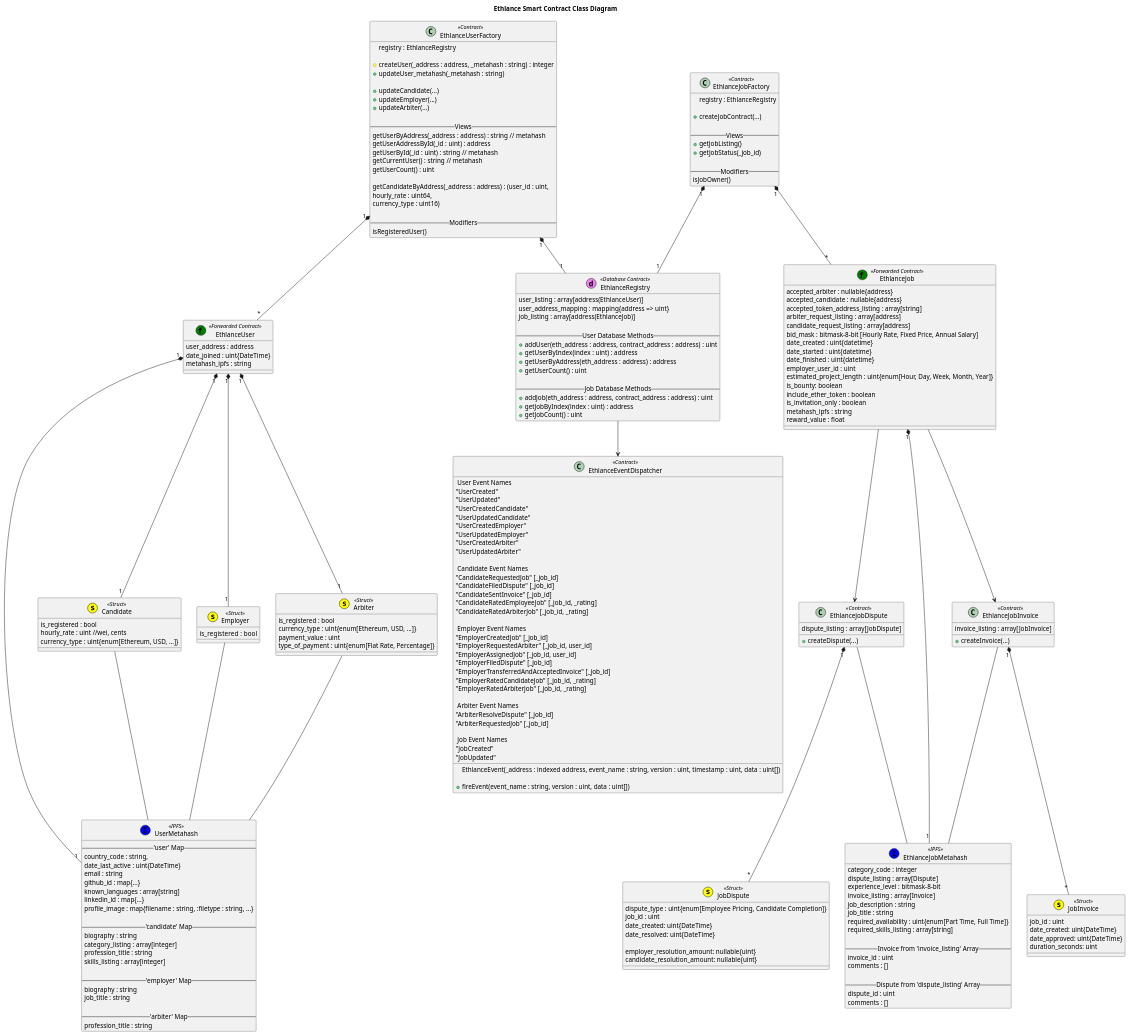
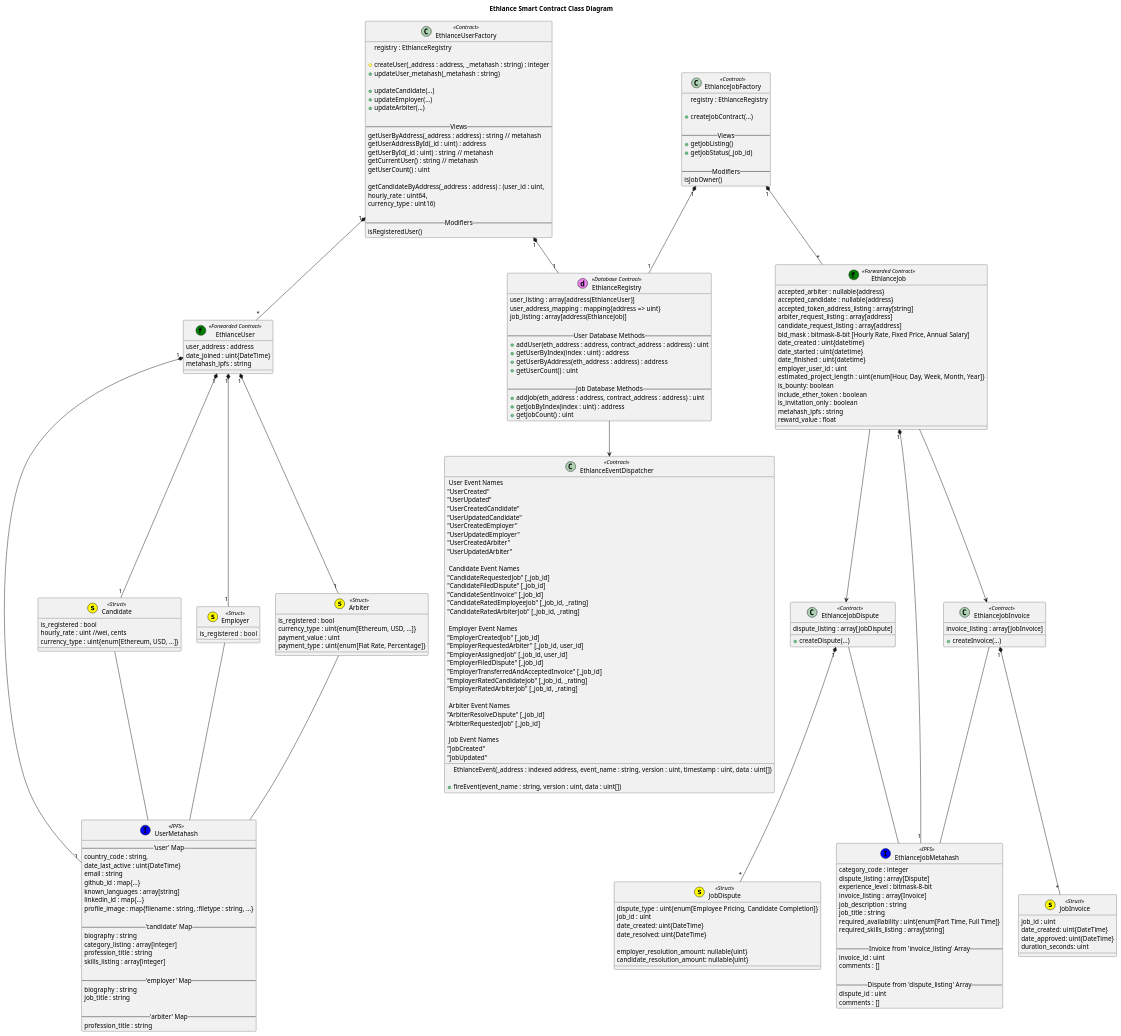
Before and after one commit to district0x/ethlance: the diagram in docs/spec/ethlance_smart_contracts.org, drawn with PlantUML. The commit also changed 6 other files, not shown here.

Commit message:
Refactoring: renamed type_of_payment to payment_type for consistency

```diff
--- a/docs/spec/ethlance_smart_contracts.org
+++ b/docs/spec/ethlance_smart_contracts.org
@@ -117,7 +117,7 @@
      is_registered : bool
      currency_type : uint{enum[Ethereum, USD, ...]}
      payment_value : uint
-     type_of_payment : uint{enum[Flat Rate, Percentage]}
+     payment_type : uint{enum[Flat Rate, Percentage]}
    }
 
    EthlanceUserFactory "1" *-- "*" EthlanceUser
```
